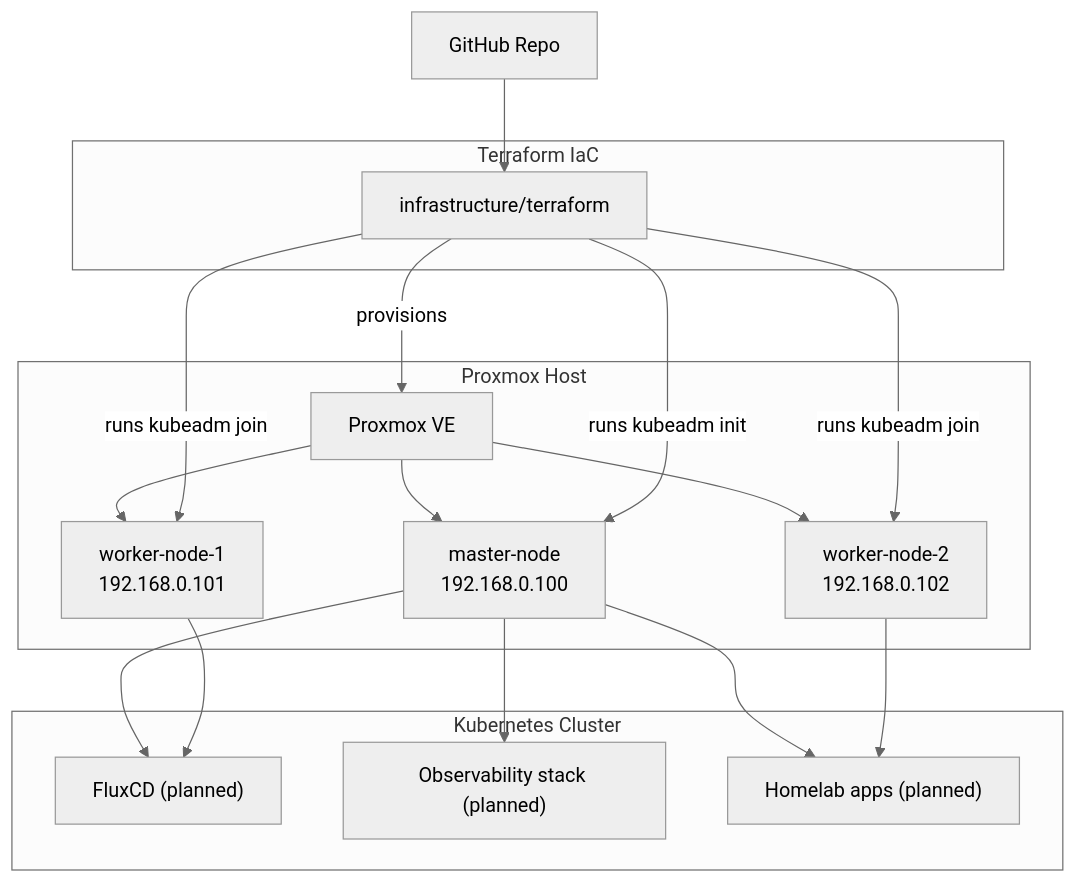
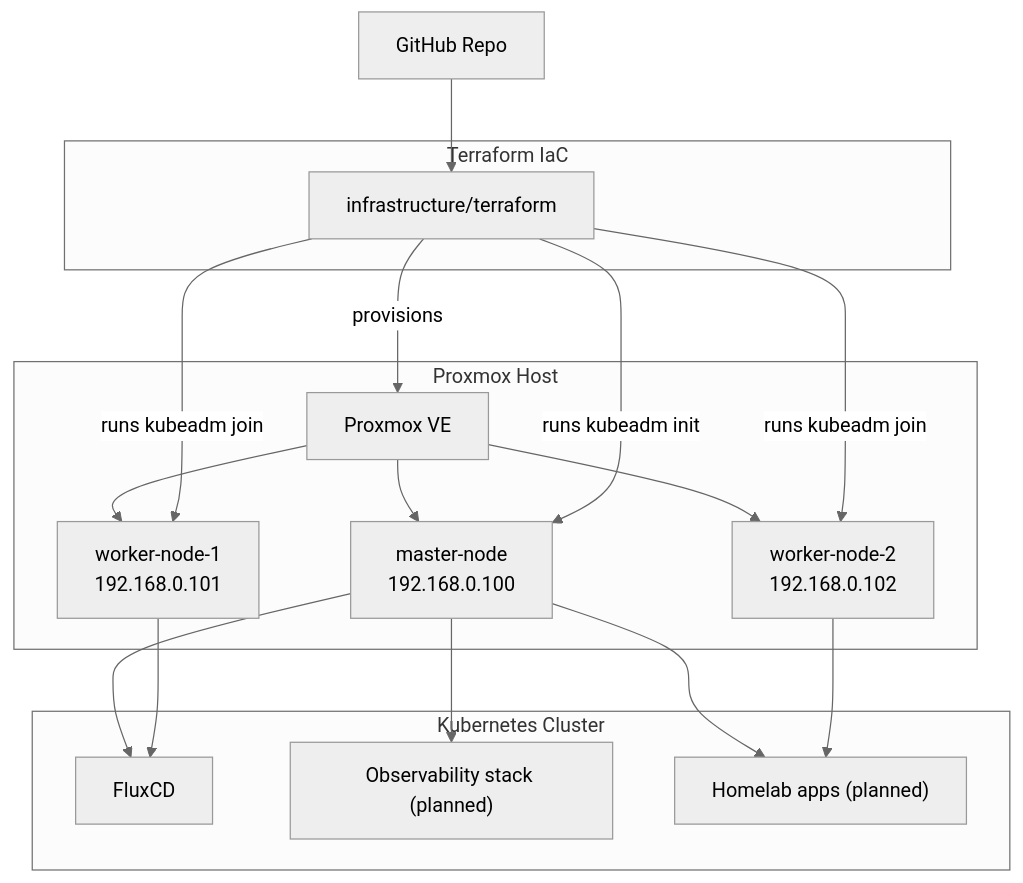
One commit to mppan821/homelab changed the diagram in README.md. Above: the diagram before and after it, drawn with Mermaid (neutral theme). The commit also changed other lines of this file and 51 other files, not shown here.

````diff
--- a/README.md
+++ b/README.md
@@ -28,33 +28,33 @@
 ```mermaid
 graph TD
     subgraph "Proxmox Host"
         Proxmox["Proxmox VE"]
         VMControl["master-node\n192.168.0.100"]
         VMWorker1["worker-node-1\n192.168.0.101"]
         VMWorker2["worker-node-2\n192.168.0.102"]
         Proxmox --> VMControl
         Proxmox --> VMWorker1
         Proxmox --> VMWorker2
     end
 
     subgraph "Terraform IaC"
         TF["infrastructure/terraform"]
         TF -->|provisions| Proxmox
         TF -->|runs kubeadm init| VMControl
         TF -->|runs kubeadm join| VMWorker1
         TF -->|runs kubeadm join| VMWorker2
     end
 
     subgraph "Kubernetes Cluster"
-        Flux["FluxCD (planned)"]
+        Flux["FluxCD"]
         Monitoring["Observability stack (planned)"]
         Apps["Homelab apps (planned)"]
         VMControl --> Flux
         VMControl --> Monitoring
         VMControl --> Apps
         VMWorker1 --> Flux
         VMWorker2 --> Apps
     end
 
     GitHub["GitHub Repo"] --> TF
 ```
````
